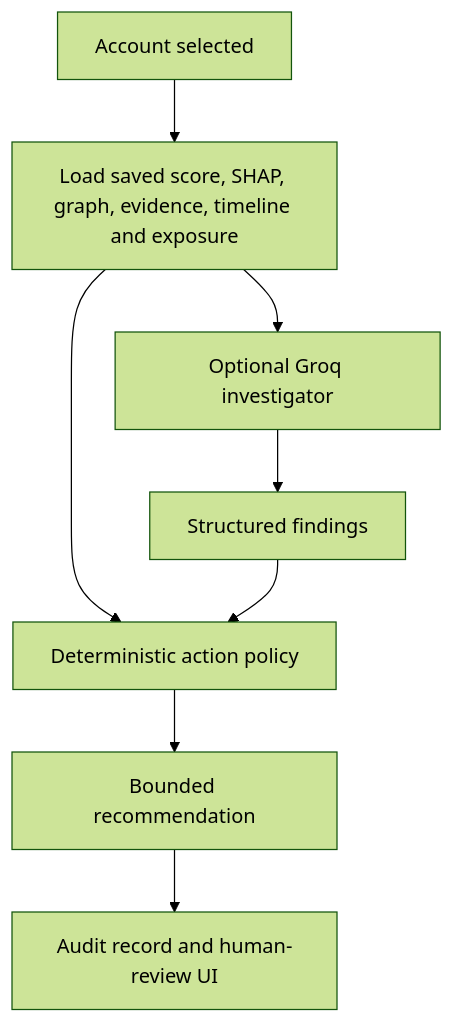
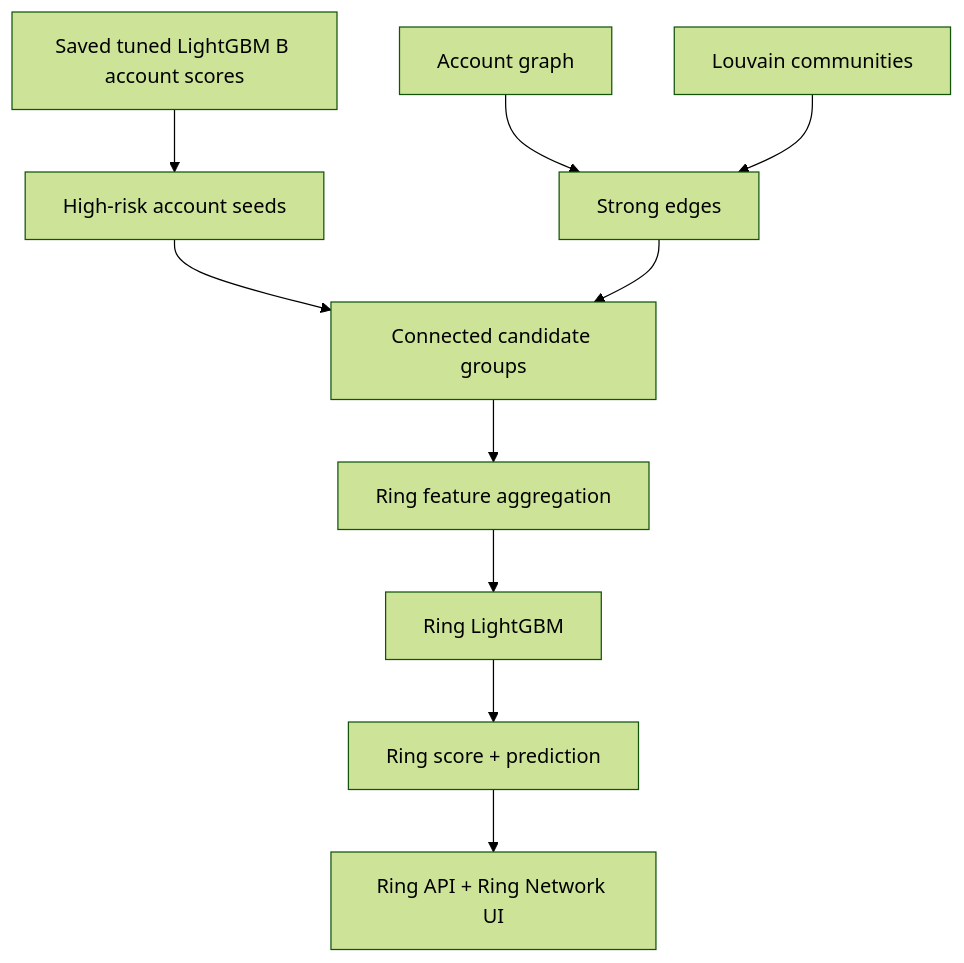
Before and after one commit to aditya-13115/ringWatch: the third of 8 diagrams in docs/architecture.md, drawn with Mermaid (forest theme). The commit also changed other lines of this file and 10 other files, not shown here.

````diff
--- a/docs/architecture.md
+++ b/docs/architecture.md
@@ -94,10 +169,12 @@
 ```mermaid
 flowchart TD
-    A[Account selected] --> B[Load saved score, SHAP, graph, evidence, timeline and exposure]
-    B --> C[Optional Groq investigator]
-    C --> D[Structured findings]
-    B --> E[Deterministic action policy]
-    D --> E
-    E --> F[Bounded recommendation]
-    F --> G[Audit record and human-review UI]
+    A[Saved tuned LightGBM B account scores] --> B[High-risk account seeds]
+    C[Account graph] --> D[Strong edges]
+    E[Louvain communities] --> D
+    B --> F[Connected candidate groups]
+    D --> F
+    F --> G[Ring feature aggregation]
+    G --> H[Ring LightGBM]
+    H --> I[Ring score + prediction]
+    I --> J[Ring API + Ring Network UI]
 ```
````
